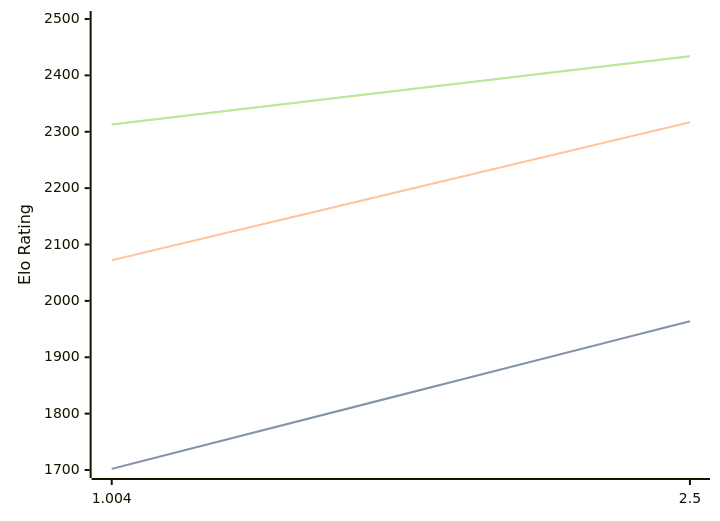
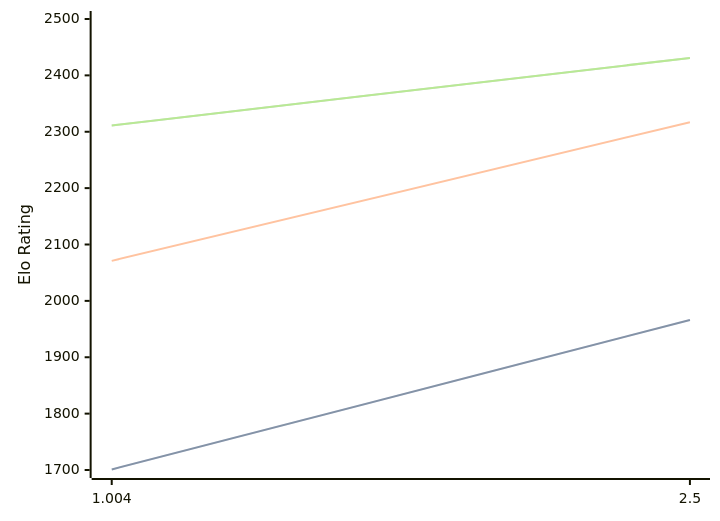
The diagram in engines/Ares.md (computer-chess-index/cci), drawn with Mermaid before and after one commit. The commit also changed other lines of this file, not shown here.

Commit message:
Update CCI Ratings (ELO VLTC) - 2026-06-07

````diff
--- a/engines/Ares.md
+++ b/engines/Ares.md
@@ -32,11 +32,11 @@
 ```mermaid
 %%{init: {"theme":"base","themeVariables":{"seriesColors:['#a3a3a3','#222221','#faa371']}}}%%
 xychart-beta
   x-axis ["1.004", "2.5"]
   y-axis "Elo Rating" 1700 --> 2500
-  line "STC (8.0+0.08s)" [1702, 1964]
-  line "STC (8.0+0.08s)" [1702, 1964]
-  line "LTC (60.0+0.60s)" [2072, 2317]
-  line "VLTC (2m24s+1.12s)" [2313, 2434]
-  line "VLTC (2m24s+1.12s)" [2313, 2434]
+  line "STC (8.0+0.08s)" [1701, 1966]
+  line "STC (8.0+0.08s)" [1701, 1966]
+  line "LTC (60.0+0.60s)" [2071, 2317]
+  line "VLTC (2m24s+1.12s)" [2311, 2431]
+  line "VLTC (2m24s+1.12s)" [2311, 2431]
 ```
````
